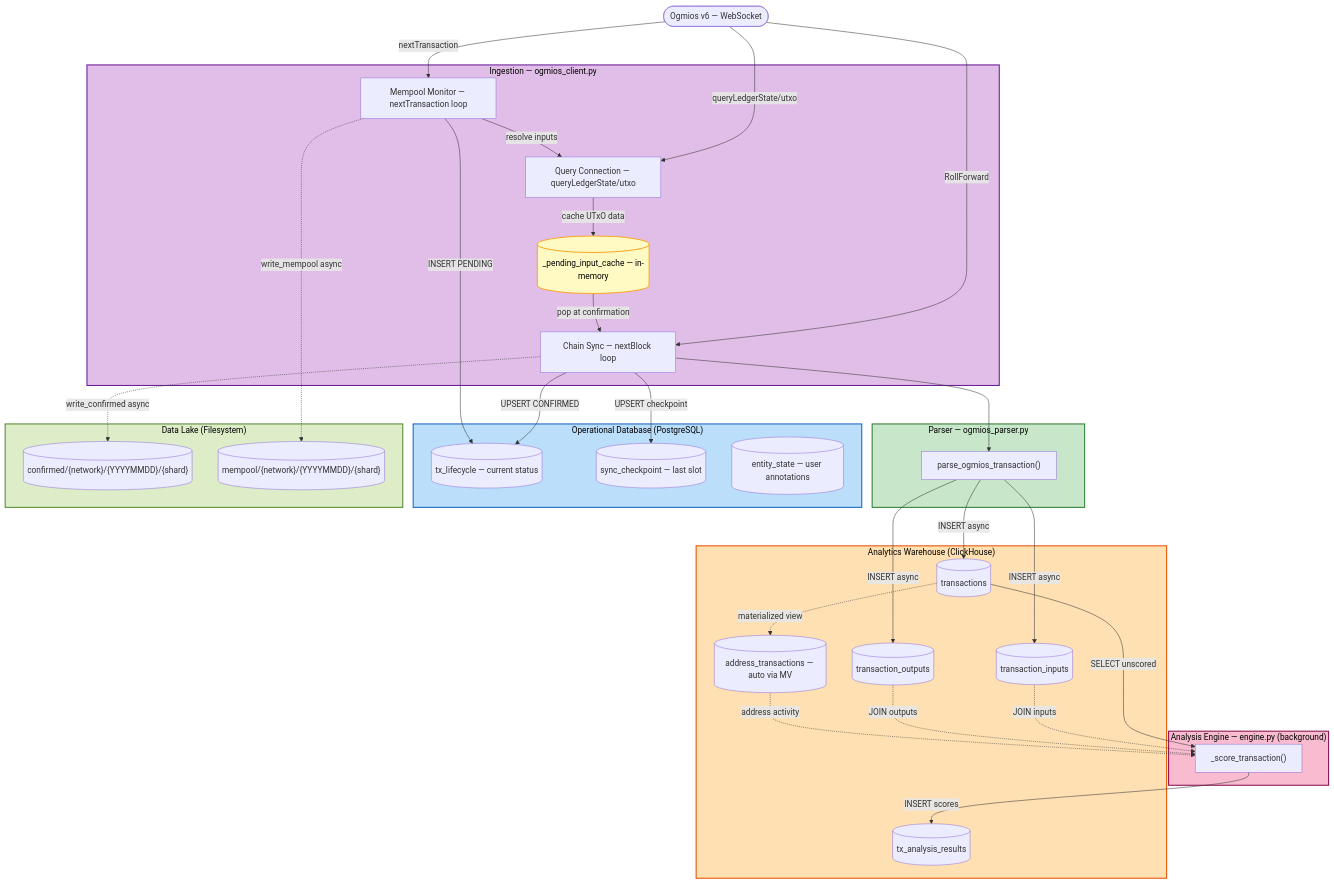
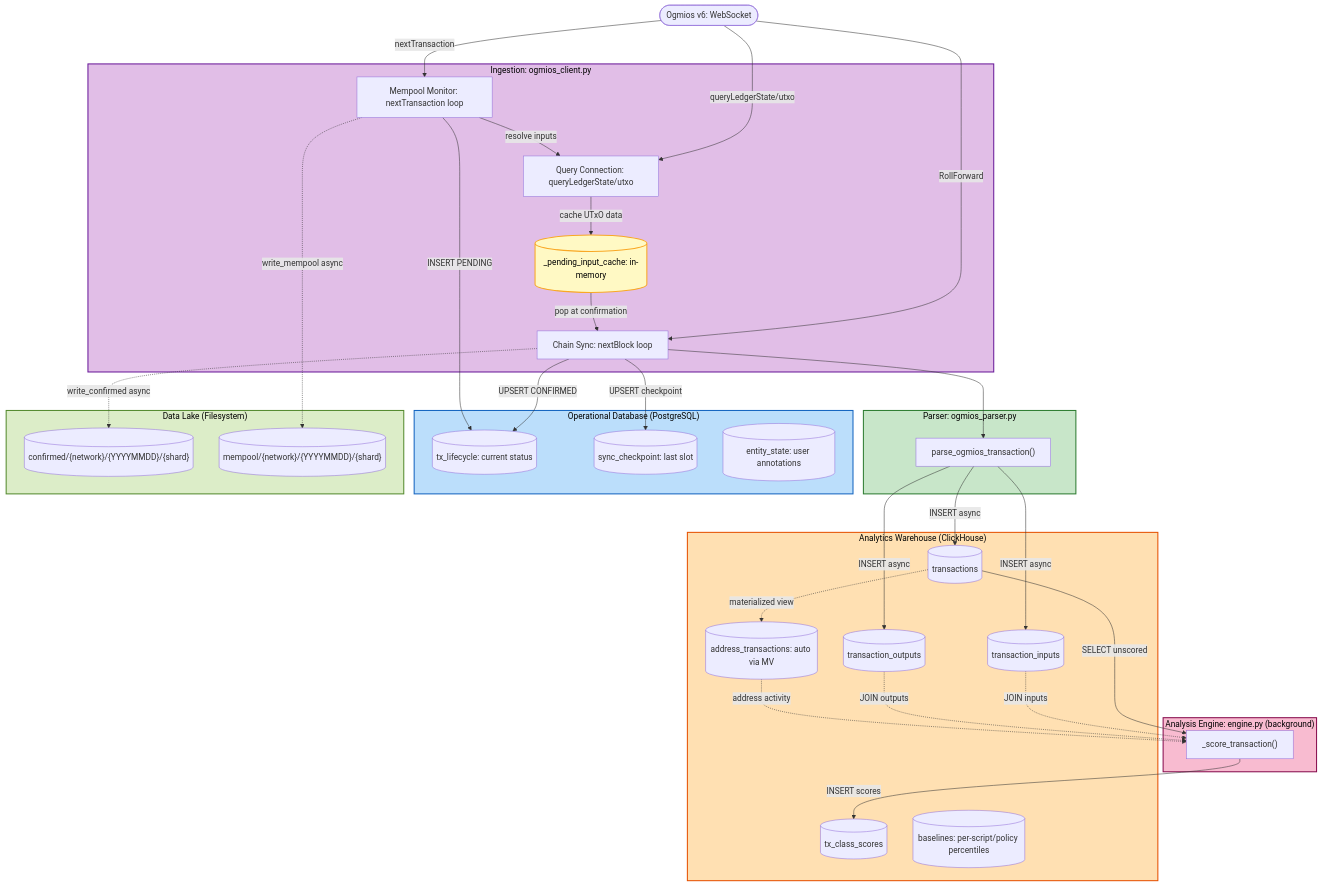
One commit to input-output-hk/TransactionMonitoringSystem changed the second of 3 diagrams in docs/DATA-FLOW.md. Above: the diagram before and after it, drawn with Mermaid. The commit also changed other lines of this file and 62 other files, not shown here.

````diff
--- a/docs/DATA-FLOW.md
+++ b/docs/DATA-FLOW.md
@@ -94,73 +94,74 @@
 ```mermaid
 flowchart TD
-    OG(["Ogmios v6 — WebSocket"])
+    OG(["Ogmios v6: WebSocket"])
 
-    subgraph ingest["Ingestion — ogmios_client.py"]
-        CS["Chain Sync — nextBlock loop"]
-        MM["Mempool Monitor — nextTransaction loop"]
-        QC["Query Connection — queryLedgerState/utxo"]
-        CACHE[("_pending_input_cache — in-memory")]
+    subgraph ingest["Ingestion: ogmios_client.py"]
+        CS["Chain Sync: nextBlock loop"]
+        MM["Mempool Monitor: nextTransaction loop"]
+        QC["Query Connection: queryLedgerState/utxo"]
+        CACHE[("_pending_input_cache: in-memory")]
     end
 
-    subgraph parse["Parser — ogmios_parser.py"]
+    subgraph parse["Parser: ogmios_parser.py"]
         P["parse_ogmios_transaction()"]
     end
 
     subgraph ch["Analytics Warehouse (ClickHouse)"]
         T[("transactions")]
         TI[("transaction_inputs")]
         TO[("transaction_outputs")]
-        AT[("address_transactions — auto via MV")]
-        AR[("tx_analysis_results")]
+        AT[("address_transactions: auto via MV")]
+        AR[("tx_class_scores")]
+        BL[("baselines: per-script/policy percentiles")]
     end
 
     subgraph pg["Operational Database (PostgreSQL)"]
-        LC[("tx_lifecycle — current status")]
-        SC[("sync_checkpoint — last slot")]
-        ES[("entity_state — user annotations")]
+        LC[("tx_lifecycle: current status")]
+        SC[("sync_checkpoint: last slot")]
+        ES[("entity_state: user annotations")]
     end
 
     subgraph fs["Data Lake (Filesystem)"]
         RC[("confirmed/{network}/{YYYYMMDD}/{shard}")]
         RM[("mempool/{network}/{YYYYMMDD}/{shard}")]
     end
 
-    subgraph ae["Analysis Engine — engine.py (background)"]
+    subgraph ae["Analysis Engine: engine.py (background)"]
         AE["_score_transaction()"]
     end
 
     OG -->|"RollForward"| CS
     OG -->|"nextTransaction"| MM
     OG -->|"queryLedgerState/utxo"| QC
 
     MM -->|"resolve inputs"| QC
     QC -->|"cache UTxO data"| CACHE
     CACHE -->|"pop at confirmation"| CS
 
     CS --> P
     P -->|"INSERT async"| T
     P -->|"INSERT async"| TI
     P -->|"INSERT async"| TO
     T -.->|"materialized view"| AT
 
     CS -->|"UPSERT CONFIRMED"| LC
     CS -->|"UPSERT checkpoint"| SC
     CS -.->|"write_confirmed async"| RC
 
     MM -->|"INSERT PENDING"| LC
     MM -.->|"write_mempool async"| RM
 
     T  -->|"SELECT unscored"| AE
     TI -.->|"JOIN inputs"| AE
     TO -.->|"JOIN outputs"| AE
     AT -.->|"address activity"| AE
     AE -->|"INSERT scores"| AR
 
     style ch     fill:#ffe0b2,stroke:#e65100,color:#000000,stroke-width:2px
     style pg     fill:#bbdefb,stroke:#1565c0,color:#000000,stroke-width:2px
     style fs     fill:#dcedc8,stroke:#558b2f,color:#000000,stroke-width:2px
     style CACHE  fill:#fff9c4,stroke:#f9a825,color:#000000,stroke-width:2px
     style ingest fill:#e1bee7,stroke:#6a1b9a,color:#000000,stroke-width:2px
     style parse  fill:#c8e6c9,stroke:#2e7d32,color:#000000,stroke-width:2px
     style ae     fill:#f8bbd0,stroke:#880e4f,color:#000000,stroke-width:2px
 ```
````
